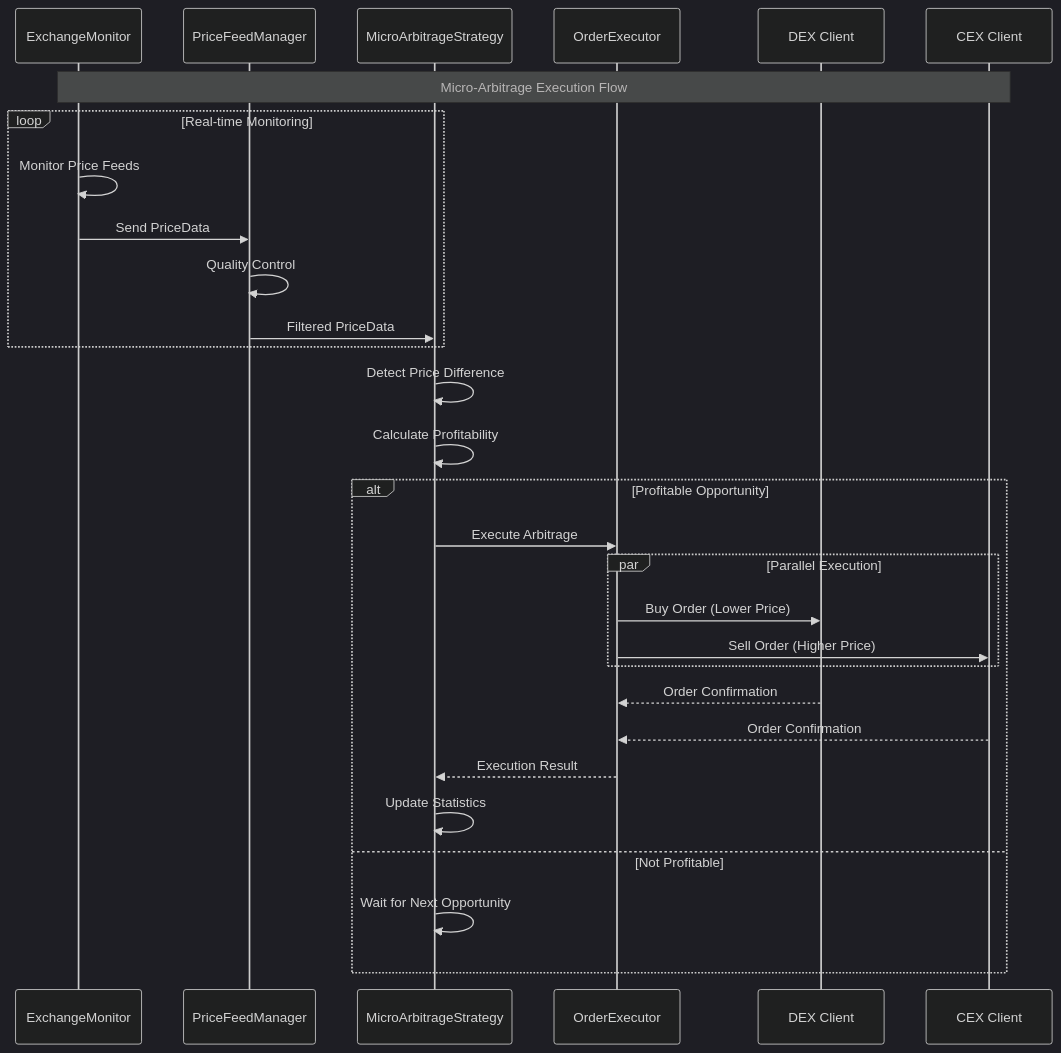
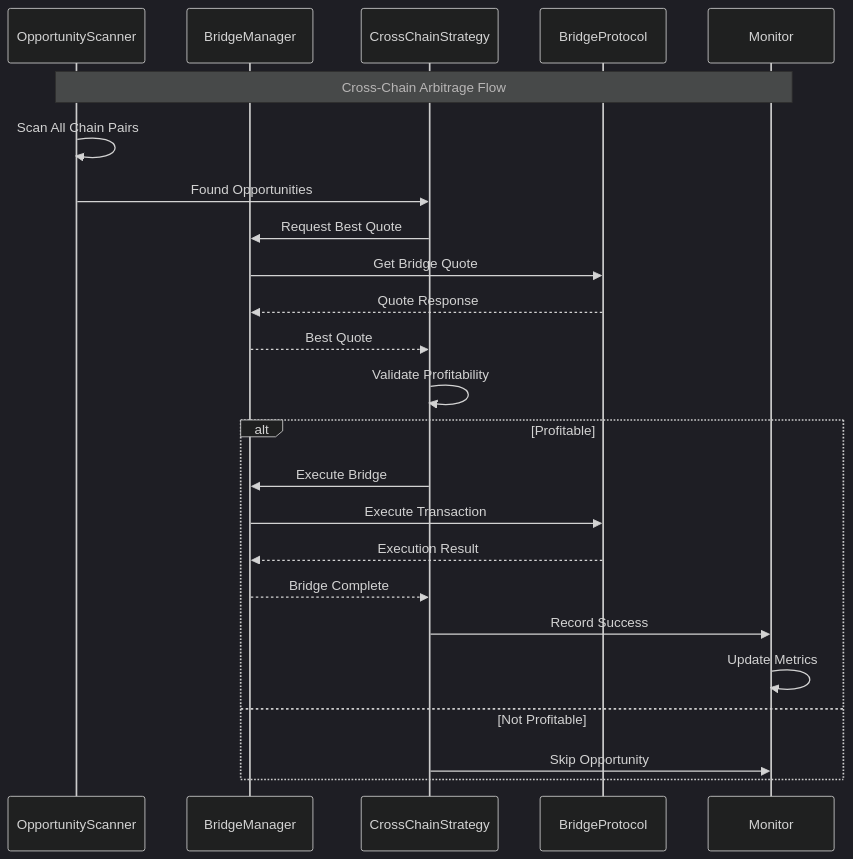
One commit to blockbit-hama/xCrack changed the sixth of 15 diagrams in docs/ARCHITECTURE.md. Above: the diagram before and after it, drawn with Mermaid (dark theme). The commit also changed other lines of this file and 33 other files, not shown here.

````diff
--- a/docs/ARCHITECTURE.md
+++ b/docs/ARCHITECTURE.md
@@ -1133,38 +558,32 @@
 ```mermaid
 sequenceDiagram
-    participant EM as ExchangeMonitor
-    participant PFM as PriceFeedManager
-    participant MAS as MicroArbitrageStrategy
-    participant OE as OrderExecutor
-    participant DEX as DEX Client
-    participant CEX as CEX Client
+    participant Scanner as OpportunityScanner
+    participant BM as BridgeManager
+    participant Strategy as CrossChainStrategy
+    participant Bridge as BridgeProtocol
+    participant Monitor as Monitor
 
-    Note over EM,CEX: Micro-Arbitrage Execution Flow
+    Note over Scanner,Monitor: Cross-Chain Arbitrage Flow
 
-    loop Real-time Monitoring
-        EM->>EM: Monitor Price Feeds
-        EM->>PFM: Send PriceData
-        PFM->>PFM: Quality Control
-        PFM->>MAS: Filtered PriceData
-    end
-
-    MAS->>MAS: Detect Price Difference
-    MAS->>MAS: Calculate Profitability
+    Scanner->>Scanner: Scan All Chain Pairs
+    Scanner->>Strategy: Found Opportunities
     
-    alt Profitable Opportunity
-        MAS->>OE: Execute Arbitrage
+    Strategy->>BM: Request Best Quote
+    BM->>Bridge: Get Bridge Quote
+    Bridge-->>BM: Quote Response
+    BM-->>Strategy: Best Quote
+    
+    Strategy->>Strategy: Validate Profitability
+    
+    alt Profitable
+        Strategy->>BM: Execute Bridge
+        BM->>Bridge: Execute Transaction
+        Bridge-->>BM: Execution Result
+        BM-->>Strategy: Bridge Complete
         
-        par Parallel Execution
-            OE->>DEX: Buy Order (Lower Price)
-            OE->>CEX: Sell Order (Higher Price)
-        end
-        
-        DEX-->>OE: Order Confirmation
-        CEX-->>OE: Order Confirmation
-        OE-->>MAS: Execution Result
-        
-        MAS->>MAS: Update Statistics
+        Strategy->>Monitor: Record Success
+        Monitor->>Monitor: Update Metrics
     else Not Profitable
-        MAS->>MAS: Wait for Next Opportunity
+        Strategy->>Monitor: Skip Opportunity
     end
 ```
````
